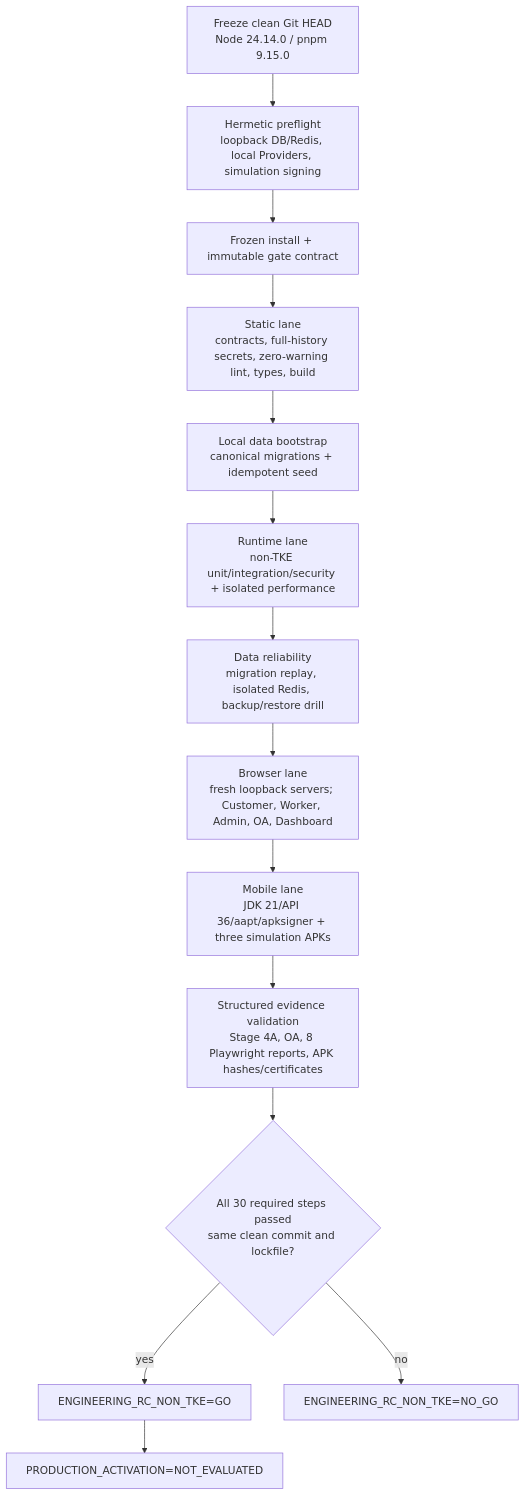
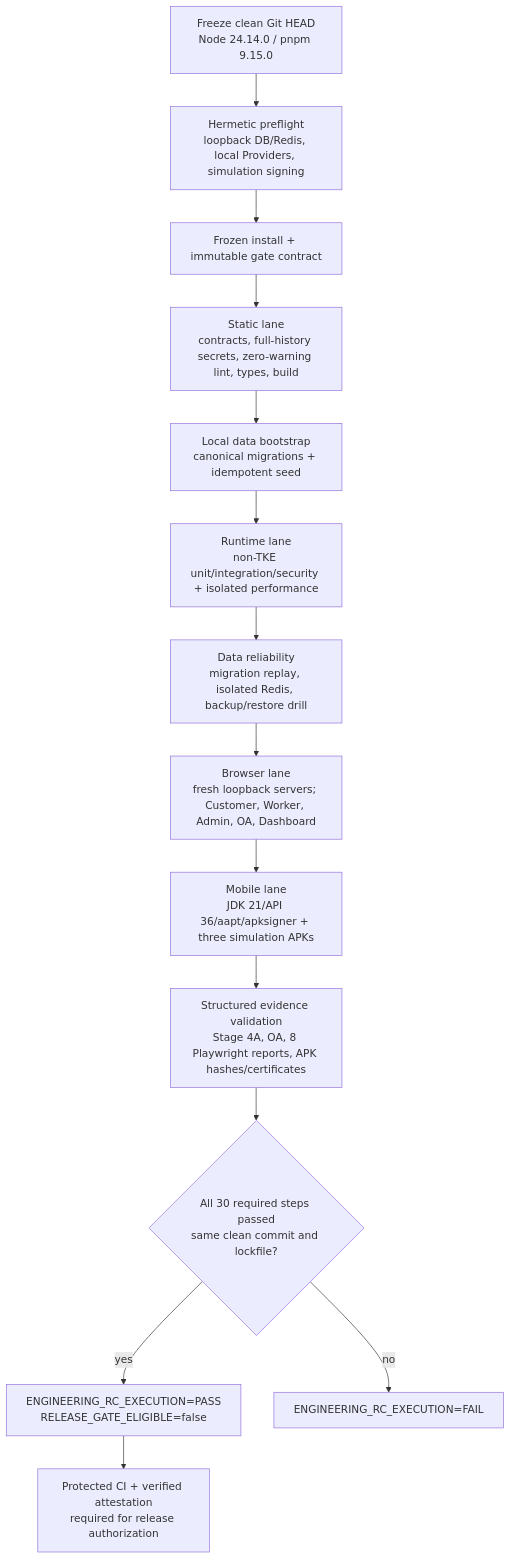
The diagram in docs/release/ENGINEERING_RC_NON_TKE_CLOSURE.md (alaweisi/xlb100), drawn with Mermaid before and after one commit. The commit also changed other lines of this file and 22 other files, not shown here.

Commit message:
fix: harden engineering RC evidence gate

````diff
--- a/docs/release/ENGINEERING_RC_NON_TKE_CLOSURE.md
+++ b/docs/release/ENGINEERING_RC_NON_TKE_CLOSURE.md
@@ -33,16 +33,16 @@
 ```mermaid
 flowchart TD
   A["Freeze clean Git HEAD<br/>Node 24.14.0 / pnpm 9.15.0"] --> B["Hermetic preflight<br/>loopback DB/Redis, local Providers, simulation signing"]
   B --> C["Frozen install + immutable gate contract"]
   C --> D["Static lane<br/>contracts, full-history secrets, zero-warning lint, types, build"]
   D --> E["Local data bootstrap<br/>canonical migrations + idempotent seed"]
   E --> F["Runtime lane<br/>non-TKE unit/integration/security + isolated performance"]
   F --> G["Data reliability<br/>migration replay, isolated Redis, backup/restore drill"]
   G --> H["Browser lane<br/>fresh loopback servers; Customer, Worker, Admin, OA, Dashboard"]
   H --> I["Mobile lane<br/>JDK 21/API 36/aapt/apksigner + three simulation APKs"]
   I --> J["Structured evidence validation<br/>Stage 4A, OA, 8 Playwright reports, APK hashes/certificates"]
   J --> K{"All 30 required steps passed<br/>same clean commit and lockfile?"}
-  K -- "yes" --> L["ENGINEERING_RC_NON_TKE=GO"]
-  K -- "no" --> M["ENGINEERING_RC_NON_TKE=NO_GO"]
-  L --> N["PRODUCTION_ACTIVATION=NOT_EVALUATED"]
+  K -- "yes" --> L["ENGINEERING_RC_EXECUTION=PASS<br/>RELEASE_GATE_ELIGIBLE=false"]
+  K -- "no" --> M["ENGINEERING_RC_EXECUTION=FAIL"]
+  L --> N["Protected CI + verified attestation<br/>required for release authorization"]
 ```
````
